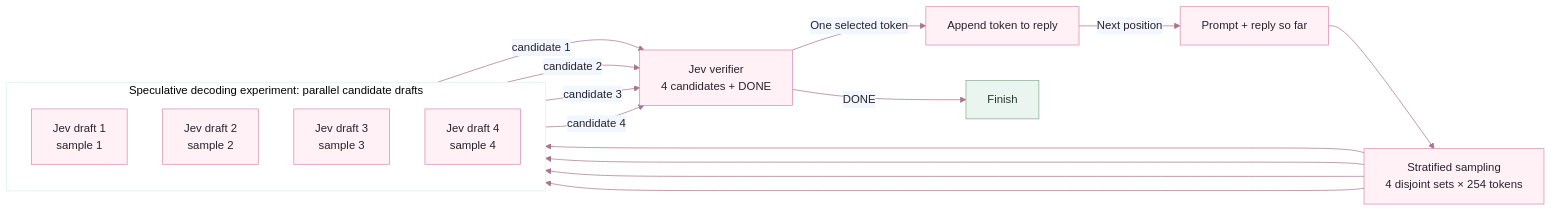
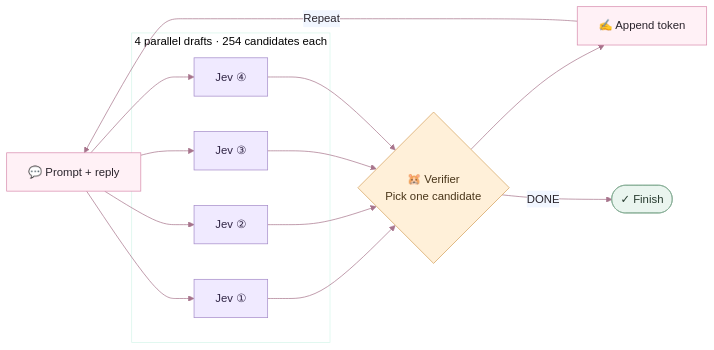
The diagram in README.md (giga-james/jevgpt), drawn with Mermaid before and after one commit. The commit also changed other lines of this file, not shown here.

Commit message:
Simplify speculative mode diagram into parallel draft and verify flow

````diff
--- a/README.md
+++ b/README.md
@@ -44,24 +44,22 @@
 ```mermaid
 %%{init: {"theme": "base", "themeVariables": {"primaryColor": "#fff1f6", "primaryTextColor": "#29232b", "primaryBorderColor": "#d88bad", "lineColor": "#a7748c", "fontFamily": "sans-serif"}}}%%
 flowchart LR
-    P["Prompt + reply so far"] --> S["Stratified sampling<br/>4 disjoint sets × 254 tokens"]
-    subgraph D["Speculative decoding experiment: parallel candidate drafts"]
-        direction TB
-        D1["Jev draft 1<br/>sample 1"]
-        D2["Jev draft 2<br/>sample 2"]
-        D3["Jev draft 3<br/>sample 3"]
-        D4["Jev draft 4<br/>sample 4"]
+    C["💬 Prompt + reply"]
+    subgraph D["4 parallel drafts · 254 candidates each"]
+        A["Jev ①"]
+        B["Jev ②"]
+        E["Jev ③"]
+        F["Jev ④"]
     end
-    S --> D1
-    S --> D2
-    S --> D3
-    S --> D4
-    D1 -- "candidate 1" --> V["Jev verifier<br/>4 candidates + DONE"]
-    D2 -- "candidate 2" --> V
-    D3 -- "candidate 3" --> V
-    D4 -- "candidate 4" --> V
-    V -- "One selected token" --> A["Append token to reply"]
-    A -- "Next position" --> P
-    V -- "DONE" --> E["Finish"]
-    style E fill:#eaf5ef,stroke:#86ad95,color:#263a2e
+    C --> A & B & E & F
+    A & B & E & F --> V{"🐹 Verifier<br/>Pick one candidate"}
+    V --> T["✍️ Append token"]
+    T -- "Repeat" --> C
+    V -- "DONE" --> X(["✓ Finish"])
+    classDef draft fill:#f0eaff,stroke:#a58bc9,color:#322747
+    classDef verify fill:#fff0d9,stroke:#d3a05b,color:#493519
+    classDef done fill:#eaf5ef,stroke:#86ad95,color:#263a2e
+    class A,B,E,F draft
+    class V verify
+    class X done
 ```
````
